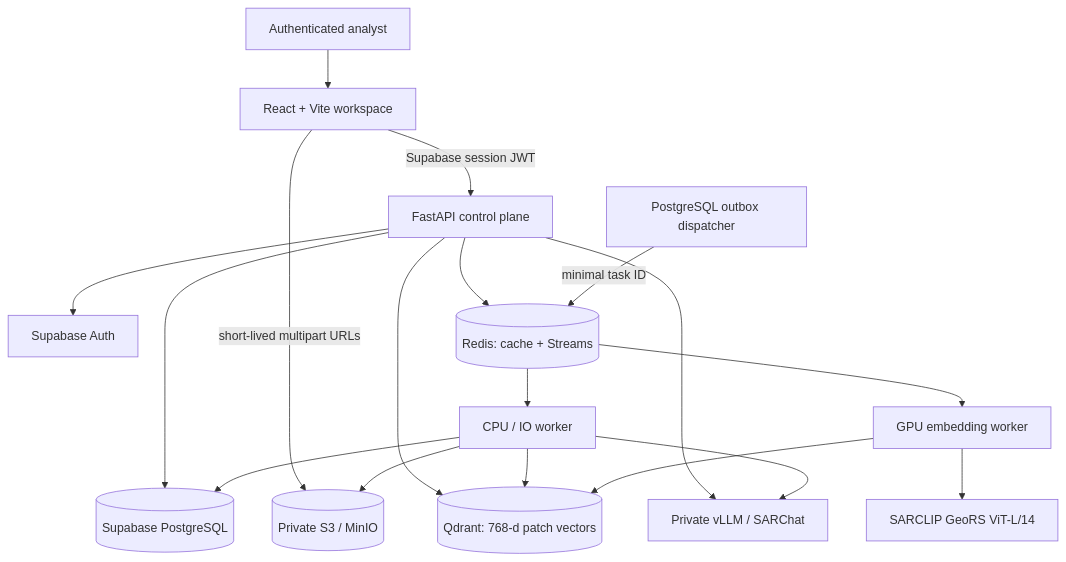
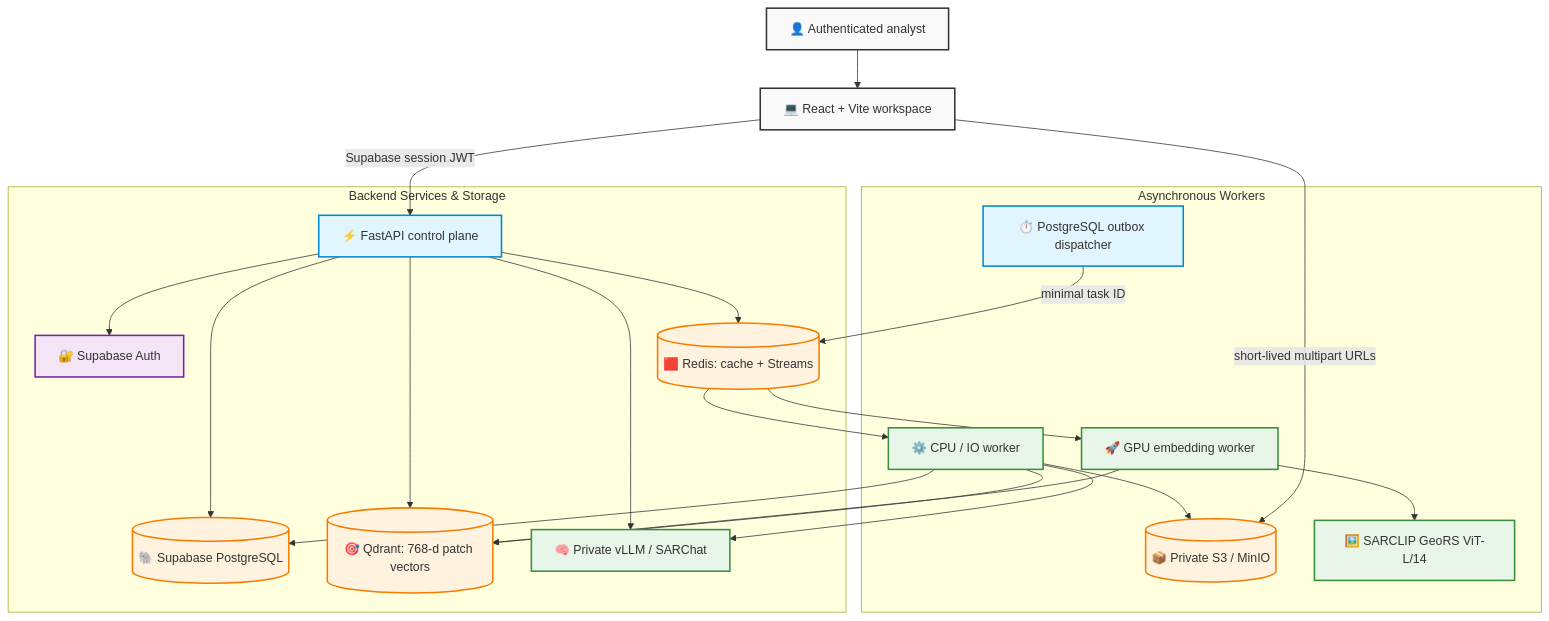
One commit to Trivo121/Raikou changed the first of 4 diagrams in README.md. Above: the diagram before and after it, drawn with Mermaid. The commit also changed other lines of this file and 1 other file, not shown here.

Commit message:
Adding the architecture daigrams to the readme.md

````diff
--- a/README.md
+++ b/README.md
@@ -68,22 +68,33 @@
 ```mermaid
 flowchart TB
-    analyst["Authenticated analyst"] --> web["React + Vite workspace"]
-    web -->|"Supabase session JWT"| api["FastAPI control plane"]
-    web -->|"short-lived multipart URLs"| objectstore[("Private S3 / MinIO")]
+    classDef client fill:#f9f9f9,stroke:#333,stroke-width:2px;
+    classDef api fill:#e1f5fe,stroke:#0288d1,stroke-width:2px;
+    classDef storage fill:#fff3e0,stroke:#f57c00,stroke-width:2px;
+    classDef worker fill:#e8f5e9,stroke:#388e3c,stroke-width:2px;
+    classDef external fill:#f3e5f5,stroke:#7b1fa2,stroke-width:2px;
 
-    api --> auth["Supabase Auth"]
-    api --> postgres[("Supabase PostgreSQL")]
-    api --> redis[("Redis: cache + Streams")]
-    api --> qdrant[("Qdrant: 768-d patch vectors")]
-    api --> vllm["Private vLLM / SARChat"]
+    analyst["👤 Authenticated analyst"]:::client --> web["💻 React + Vite workspace"]:::client
+    web -->|"Supabase session JWT"| api["⚡ FastAPI control plane"]:::api
+    web -->|"short-lived multipart URLs"| objectstore[("📦 Private S3 / MinIO")]:::storage
 
-    dispatcher["PostgreSQL outbox dispatcher"] -->|"minimal task ID"| redis
-    redis --> cpu["CPU / IO worker"]
-    redis --> gpu["GPU embedding worker"]
-    cpu --> objectstore
-    cpu --> postgres
-    cpu --> qdrant
-    cpu --> vllm
-    gpu --> sarclip["SARCLIP GeoRS ViT-L/14"]
-    gpu --> qdrant
+    subgraph "Backend Services & Storage"
+        api --> auth["🔐 Supabase Auth"]:::external
+        api --> postgres[("🐘 Supabase PostgreSQL")]:::storage
+        api --> redis[("🟥 Redis: cache + Streams")]:::storage
+        api --> qdrant[("🎯 Qdrant: 768-d patch vectors")]:::storage
+        api --> vllm["🧠 Private vLLM / SARChat"]:::worker
+    end
+
+    subgraph "Asynchronous Workers"
+        dispatcher["⏱️ PostgreSQL outbox dispatcher"]:::api -->|"minimal task ID"| redis
+        redis --> cpu["⚙️ CPU / IO worker"]:::worker
+        redis --> gpu["🚀 GPU embedding worker"]:::worker
+        
+        cpu --> objectstore
+        cpu --> postgres
+        cpu --> qdrant
+        cpu --> vllm
+        gpu --> sarclip["🖼️ SARCLIP GeoRS ViT-L/14"]:::worker
+        gpu --> qdrant
+    end
 ```
````
